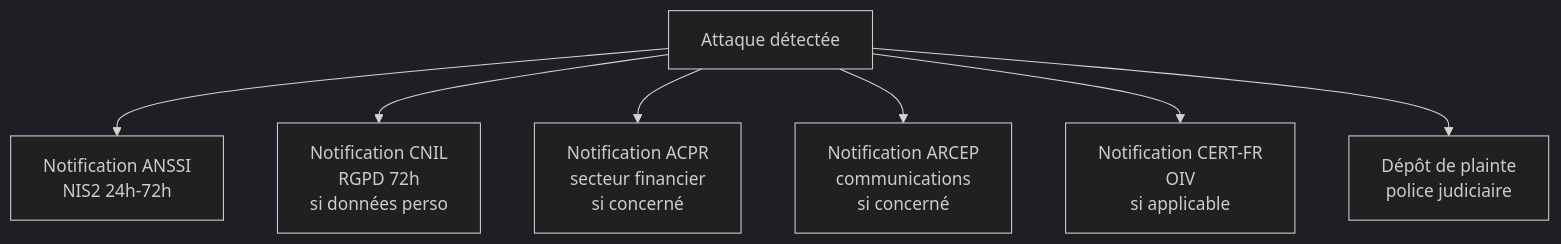
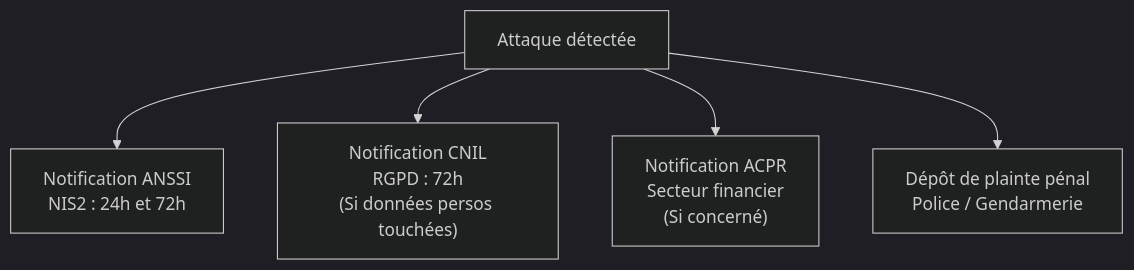
The seventh of 8 diagrams in docs/cursus-forensic/01-cycle-0-fondations/module-1-legislation/07-nis2-loi-resilience.md (zyrass/omnydocs), drawn with Mermaid (dark theme) before and after one commit. The commit also changed other lines of this file and 171 other files, not shown here.

````diff
--- a/docs/cursus-forensic/01-cycle-0-fondations/module-1-legislation/07-nis2-loi-resilience.md
+++ b/docs/cursus-forensic/01-cycle-0-fondations/module-1-legislation/07-nis2-loi-resilience.md
@@ -280,9 +299,7 @@
 ```mermaid
 flowchart TB
-    A[Attaque détectée] --> B[Notification ANSSI<br>NIS2 24h-72h]
-    A --> C[Notification CNIL<br>RGPD 72h<br>si données perso]
-    A --> D[Notification ACPR<br>secteur financier<br>si concerné]
-    A --> E[Notification ARCEP<br>communications<br>si concerné]
-    A --> F[Notification CERT-FR<br>OIV<br>si applicable]
-    A --> G[Dépôt de plainte<br>police judiciaire]
+    A["Attaque détectée"] --> B["Notification ANSSI<br>NIS2 : 24h et 72h"]
+    A --> C["Notification CNIL<br>RGPD : 72h<br>(Si données persos touchées)"]
+    A --> D["Notification ACPR<br>Secteur financier<br>(Si concerné)"]
+    A --> E["Dépôt de plainte pénal<br>Police / Gendarmerie"]
 ```
````
